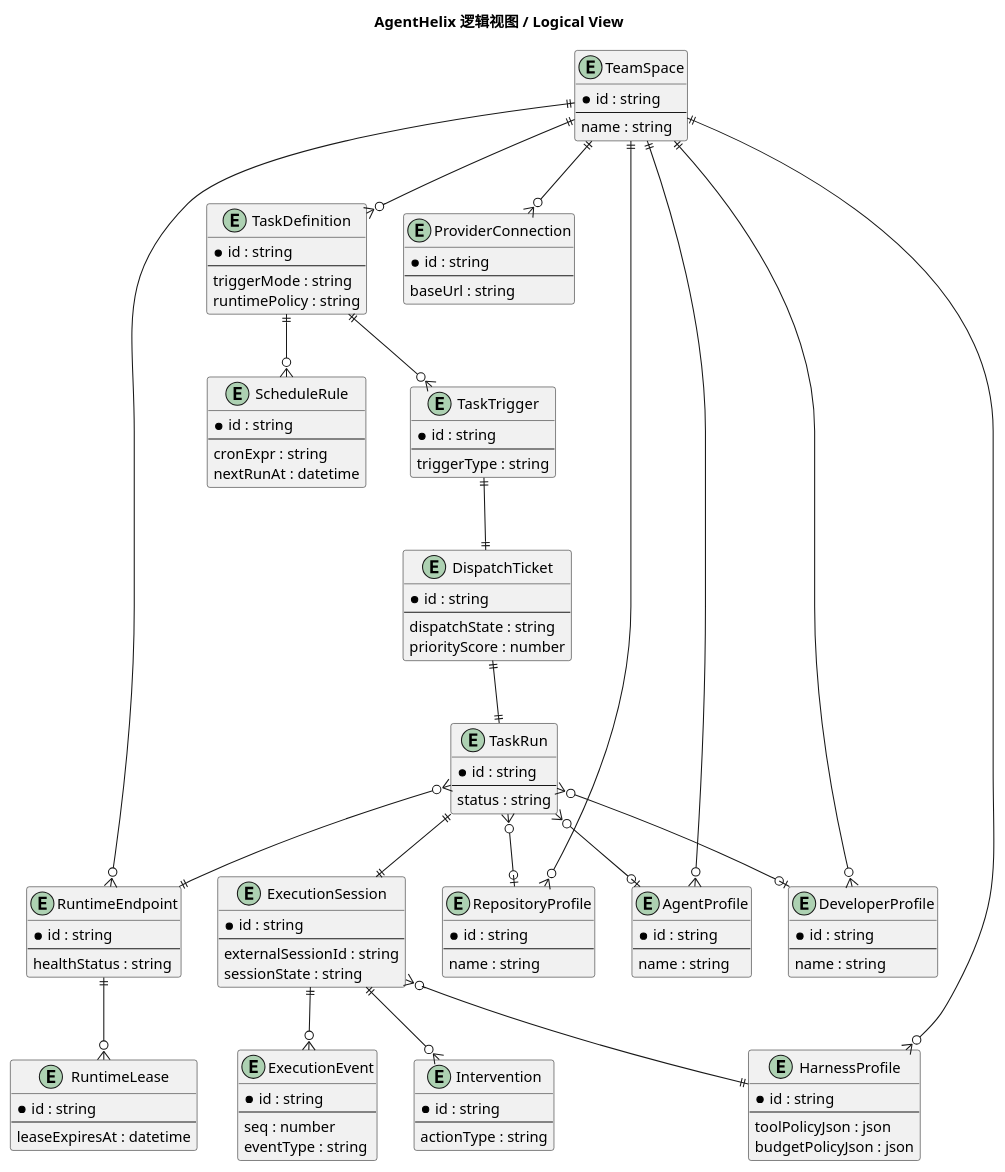
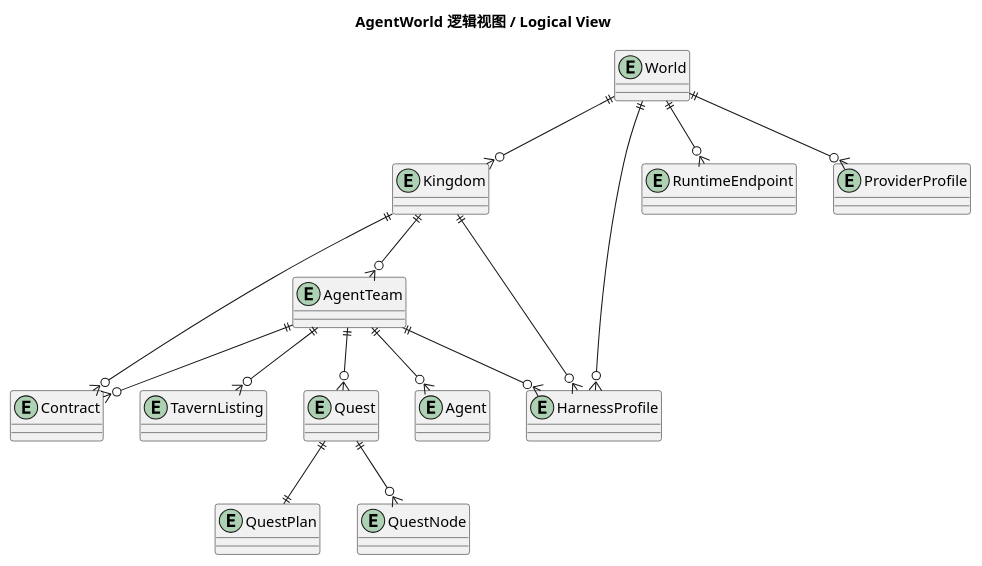
The first of 7 diagrams in docs/detailed-design.zh-CN.md (SimonMing47/agent-world), drawn with PlantUML before and after one commit. The commit also changed other lines of this file and 3 other files, not shown here.

````diff
--- a/docs/detailed-design.zh-CN.md
+++ b/docs/detailed-design.zh-CN.md
@@ -1011,129 +908,34 @@
 ```plantuml
 @startuml
-title AgentHelix 逻辑视图 / Logical View
+title AgentWorld 逻辑视图 / Logical View
 
-entity TeamSpace {
-  *id : string
-  --
-  name : string
-}
+entity World
+entity Kingdom
+entity AgentTeam
+entity Agent
+entity TavernListing
+entity Contract
+entity Quest
+entity QuestPlan
+entity QuestNode
+entity HarnessProfile
+entity RuntimeEndpoint
+entity ProviderProfile
 
-entity TaskDefinition {
-  *id : string
-  --
-  triggerMode : string
-  runtimePolicy : string
-}
-
-entity TaskTrigger {
-  *id : string
-  --
-  triggerType : string
-}
-
-entity DispatchTicket {
-  *id : string
-  --
-  dispatchState : string
-  priorityScore : number
-}
-
-entity TaskRun {
-  *id : string
-  --
-  status : string
-}
-
-entity ExecutionSession {
-  *id : string
-  --
-  externalSessionId : string
-  sessionState : string
-}
-
-entity ExecutionEvent {
-  *id : string
-  --
-  seq : number
-  eventType : string
-}
-
-entity RuntimeEndpoint {
-  *id : string
-  --
-  healthStatus : string
-}
-
-entity RuntimeLease {
-  *id : string
-  --
-  leaseExpiresAt : datetime
-}
-
-entity ScheduleRule {
-  *id : string
-  --
-  cronExpr : string
-  nextRunAt : datetime
-}
-
-entity Intervention {
-  *id : string
-  --
-  actionType : string
-}
-
-entity ProviderConnection {
-  *id : string
-  --
-  baseUrl : string
-}
-
-entity HarnessProfile {
-  *id : string
-  --
-  toolPolicyJson : json
-  budgetPolicyJson : json
-}
-
-entity RepositoryProfile {
-  *id : string
-  --
-  name : string
-}
-
-entity AgentProfile {
-  *id : string
-  --
-  name : string
-}
-
-entity DeveloperProfile {
-  *id : string
-  --
-  name : string
-}
-
-TeamSpace ||--o{ TaskDefinition
-TeamSpace ||--o{ RuntimeEndpoint
-TeamSpace ||--o{ ProviderConnection
-TeamSpace ||--o{ HarnessProfile
-TeamSpace ||--o{ RepositoryProfile
-TeamSpace ||--o{ AgentProfile
-TeamSpace ||--o{ DeveloperProfile
-TaskDefinition ||--o{ ScheduleRule
-TaskDefinition ||--o{ TaskTrigger
-TaskTrigger ||--|| DispatchTicket
-DispatchTicket ||--|| TaskRun
-TaskRun ||--|| ExecutionSession
-ExecutionSession ||--o{ ExecutionEvent
-ExecutionSession ||--o{ Intervention
-ExecutionSession }o--|| HarnessProfile
-RuntimeEndpoint ||--o{ RuntimeLease
-TaskRun }o--|| RuntimeEndpoint
-TaskRun }o--o| AgentProfile
-TaskRun }o--o| DeveloperProfile
-TaskRun }o--o| RepositoryProfile
+World ||--o{ Kingdom
+Kingdom ||--o{ AgentTeam
+AgentTeam ||--o{ Agent
+AgentTeam ||--o{ TavernListing
+AgentTeam ||--o{ Quest
+Quest ||--|| QuestPlan
+Quest ||--o{ QuestNode
+Kingdom ||--o{ Contract
+AgentTeam ||--o{ Contract
+World ||--o{ HarnessProfile
+Kingdom ||--o{ HarnessProfile
+AgentTeam ||--o{ HarnessProfile
+World ||--o{ RuntimeEndpoint
+World ||--o{ ProviderProfile
 
 @enduml
 ```
````
